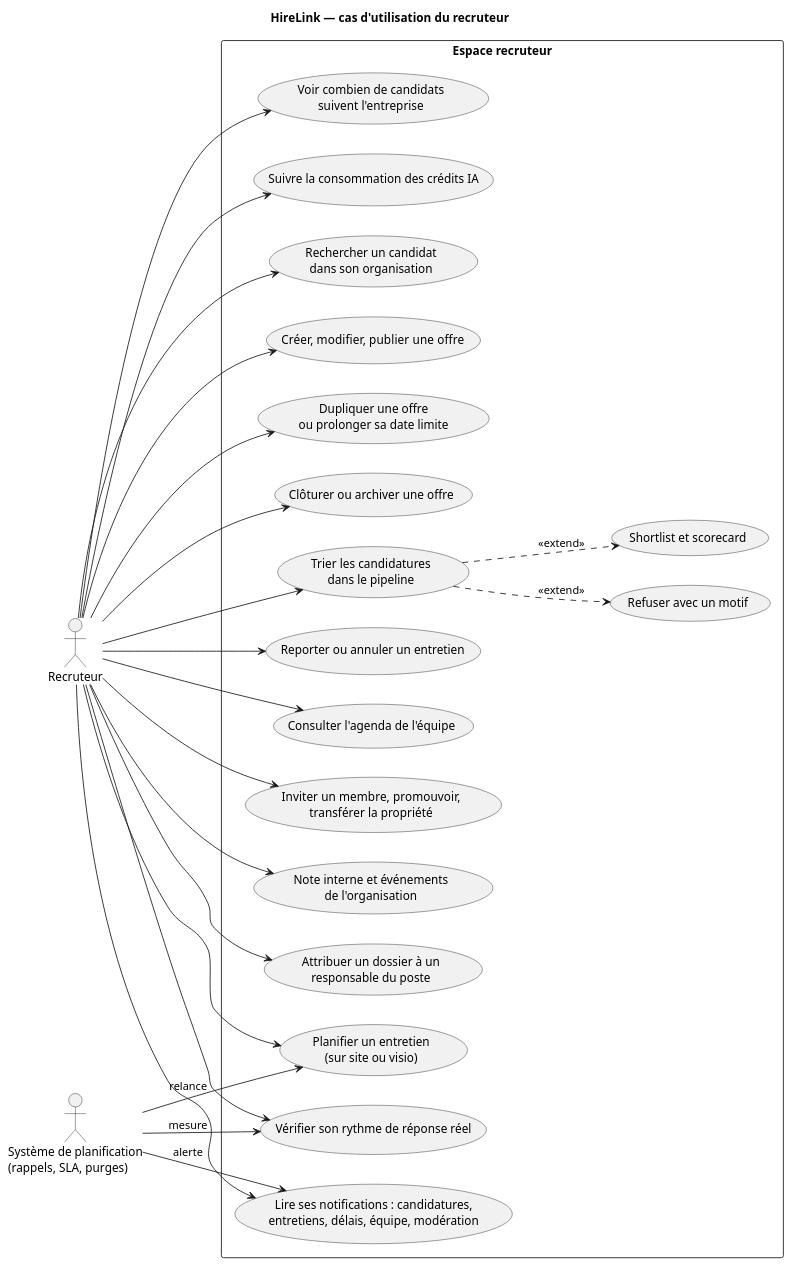
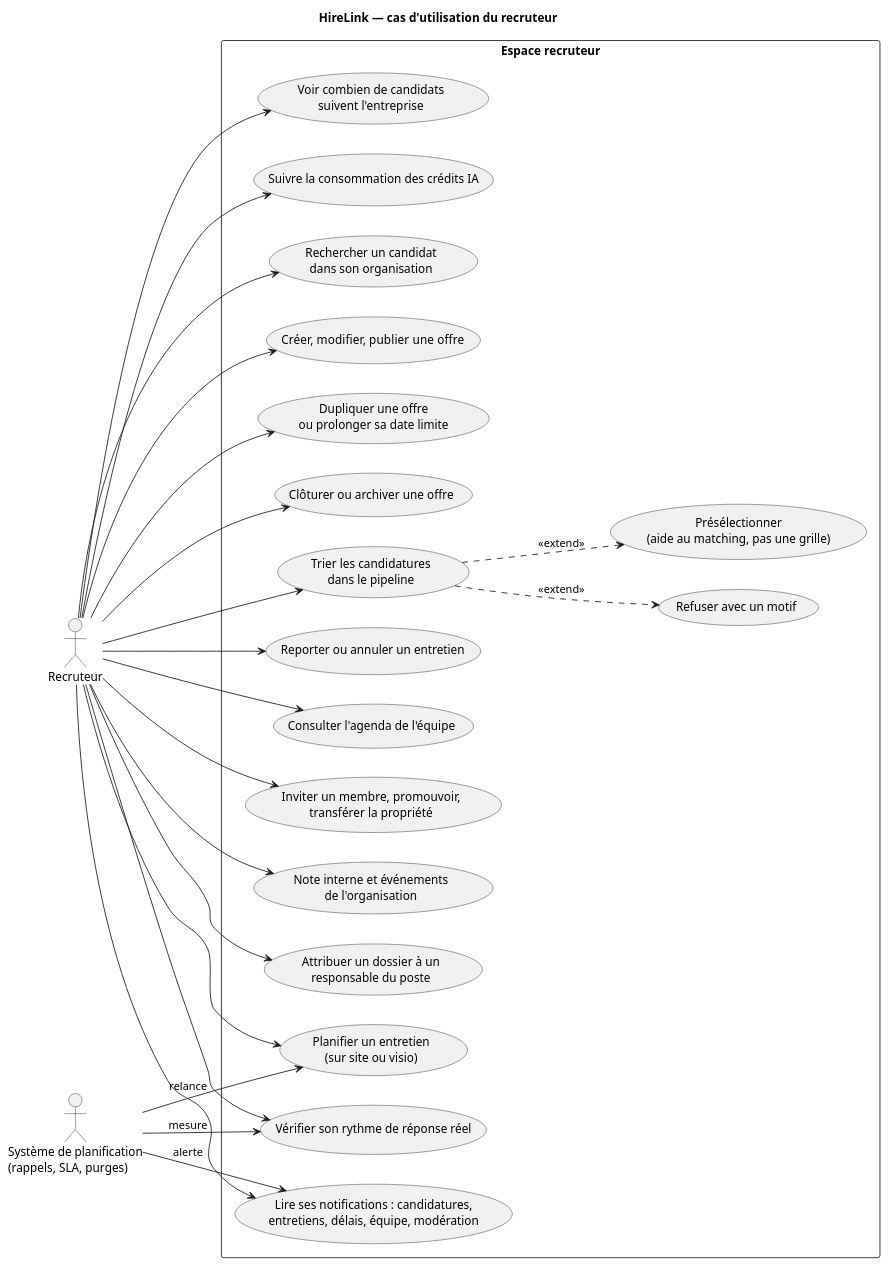
The diagram in docs/diagrammes/v5/_details-par-role/01b_cas_utilisation_recruteur.puml (anadouae/HireLink), drawn with PlantUML before and after one commit. The commit also changed 53 other files, not shown here.

```diff
--- a/docs/diagrammes/v5/_details-par-role/01b_cas_utilisation_recruteur.puml
+++ b/docs/diagrammes/v5/_details-par-role/01b_cas_utilisation_recruteur.puml
@@ -1,55 +1,55 @@
 @startuml cas_utilisation_recruteur_v5
 left to right direction
 title HireLink — cas d'utilisation du recruteur
 actor Recruteur as R
 actor SYS as "Système de planification
 (rappels, SLA, purges)"
 rectangle "Espace recruteur" {
   usecase UC_new as "Créer, modifier, publier une offre"
   usecase UC_duplicate as "Dupliquer une offre
 ou prolonger sa date limite"
   usecase UC_close as "Clôturer ou archiver une offre"
   usecase UC_pipeline as "Trier les candidatures
 dans le pipeline"
   usecase UC_refuser as "Refuser avec un motif"
-  usecase UC_scorecard as "Shortlist et scorecard"
+  usecase UC_scorecard as "Présélectionner\n(aide au matching, pas une grille)"
   usecase UC_planifier as "Planifier un entretien
 (sur site ou visio)"
   usecase UC_reporter as "Reporter ou annuler un entretien"
   usecase UC_agenda as "Consulter l'agenda de l'équipe"
   usecase UC_equipe as "Inviter un membre, promouvoir,
 transférer la propriété"
   usecase UC_notes as "Note interne et événements
 de l'organisation"
   usecase UC_sla as "Vérifier son rythme de réponse réel"
   usecase UC_assign as "Attribuer un dossier à un
 responsable du poste"
   usecase UC_notif as "Lire ses notifications : candidatures,
 entretiens, délais, équipe, modération"
   usecase UC_followers as "Voir combien de candidats
 suivent l'entreprise"
   usecase UC_credits as "Suivre la consommation des crédits IA"
   usecase UC_recherche as "Rechercher un candidat
 dans son organisation"
 }
 R --> UC_new
 R --> UC_duplicate
 R --> UC_close
 R --> UC_pipeline
 R --> UC_planifier
 R --> UC_reporter
 R --> UC_agenda
 R --> UC_equipe
 R --> UC_notes
 R --> UC_sla
 R --> UC_assign
 R --> UC_notif
 R --> UC_followers
 R --> UC_credits
 R --> UC_recherche
 UC_pipeline ..> UC_refuser : <<extend>>
 UC_pipeline ..> UC_scorecard : <<extend>>
 SYS --> UC_planifier : relance
 SYS --> UC_sla : mesure
 SYS --> UC_notif : alerte
 @enduml
```
